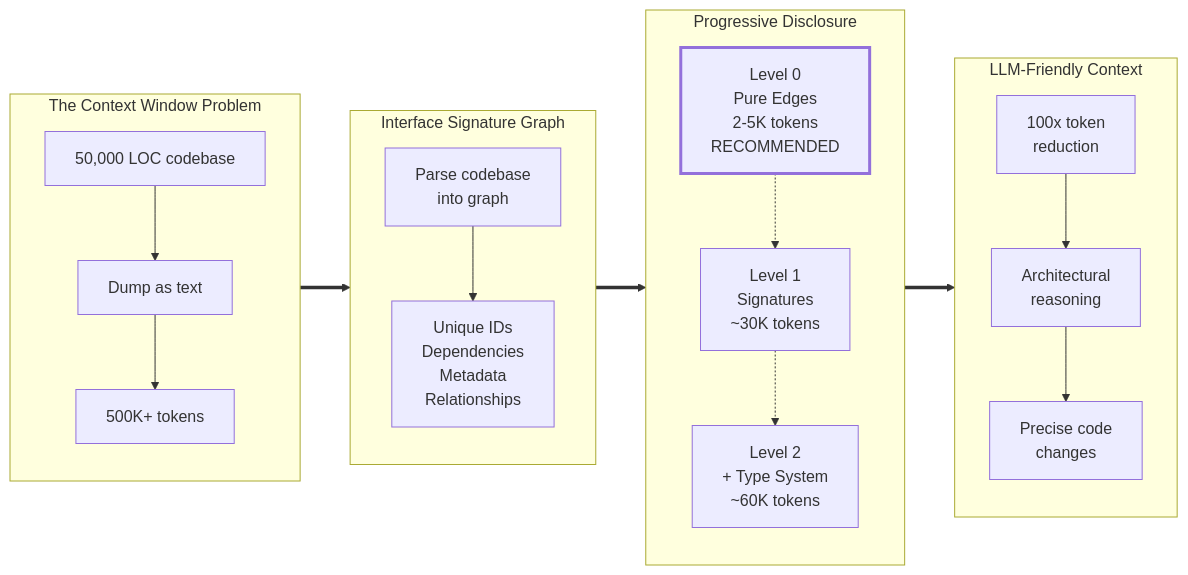
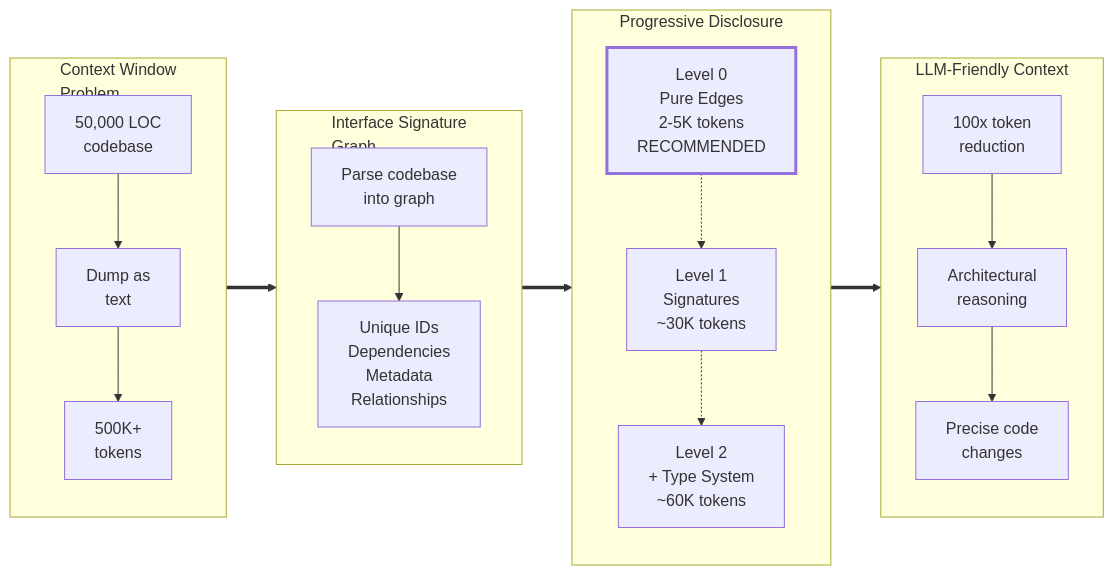
One commit to that-in-rust/parseltongue changed the first of 2 diagrams in .claude/.parseltongue/parseltongue-README.md. Above: the diagram before and after it, drawn with Mermaid. The commit also changed 1 other file, not shown here.

Commit message:
fix(docs): Improve mermaid diagram readability with line breaks
- Add line breaks to subgraph titles for better rendering
- 'Context Window Problem' → 'Context Window<br/>Problem'
- 'Interface Signature Graph' → 'Interface Signature<br/>Graph'
- Makes titles more readable in narrow layouts

🤖 Generated with [Claude Code](https://claude.com/claude-code)

````diff
--- a/.claude/.parseltongue/parseltongue-README.md
+++ b/.claude/.parseltongue/parseltongue-README.md
@@ -3,35 +3,35 @@
 ```mermaid
 graph LR
-    subgraph PROBLEM["The Context Window Problem"]
-        P1["50,000 LOC codebase"]
-        P2["Dump as text"]
-        P3["500K+ tokens"]
+    subgraph PROBLEM["Context Window<br/>Problem"]
+        P1["50,000 LOC<br/>codebase"]
+        P2["Dump as<br/>text"]
+        P3["500K+<br/>tokens"]
         P1 --> P2 --> P3
     end
 
-    subgraph ISG["Interface Signature Graph"]
+    subgraph ISG["Interface Signature<br/>Graph"]
         I1["Parse codebase<br/>into graph"]
         I2["Unique IDs<br/>Dependencies<br/>Metadata<br/>Relationships"]
         I1 --> I2
     end
 
     subgraph LEVELS["Progressive Disclosure"]
         L0["Level 0<br/>Pure Edges<br/>2-5K tokens<br/>RECOMMENDED"]
         L1["Level 1<br/>Signatures<br/>~30K tokens"]
         L2["Level 2<br/>+ Type System<br/>~60K tokens"]
         L0 -.-> L1 -.-> L2
     end
 
     subgraph OUTCOME["LLM-Friendly Context"]
         O1["100x token<br/>reduction"]
         O2["Architectural<br/>reasoning"]
         O3["Precise code<br/>changes"]
         O1 --> O2 --> O3
     end
 
     PROBLEM ==> ISG
     ISG ==> LEVELS
     LEVELS ==> OUTCOME
 
     style L0 stroke-width:3px
 ```
````
